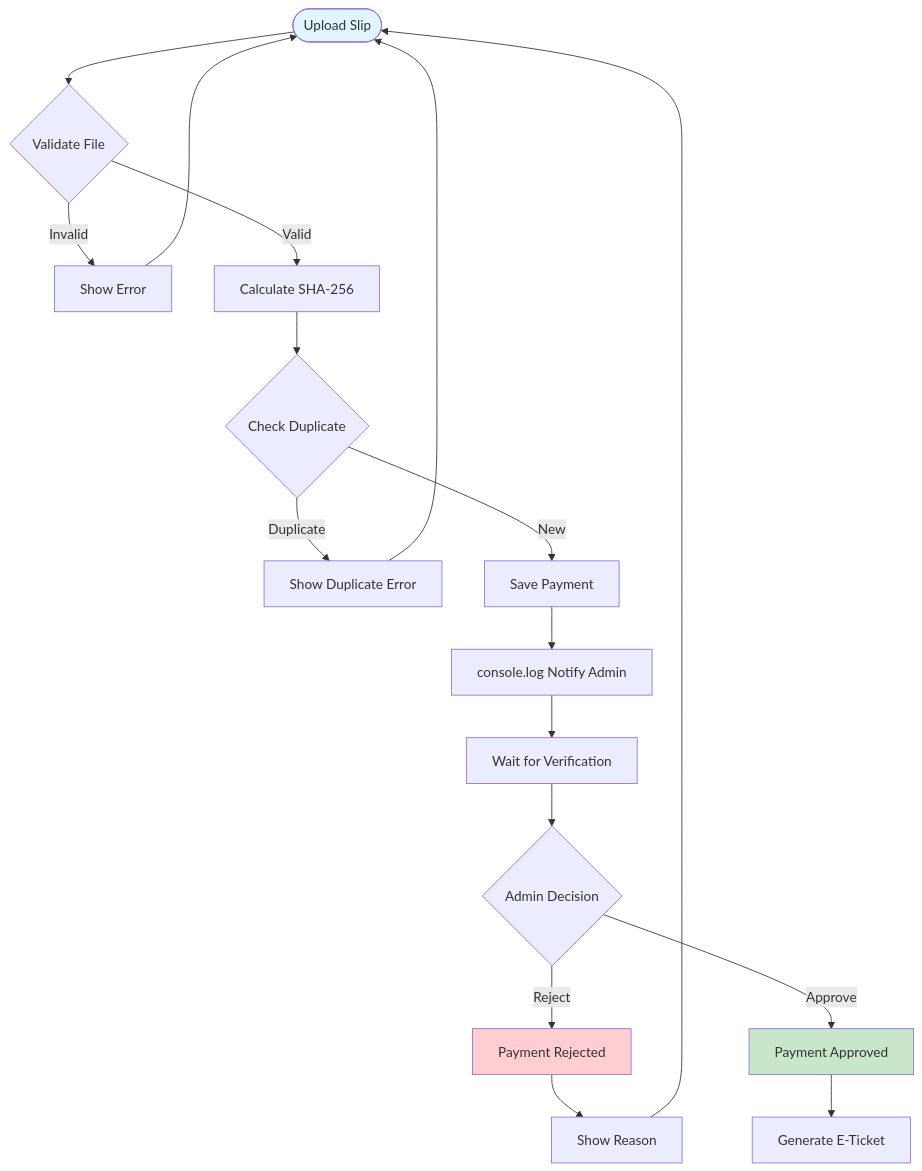
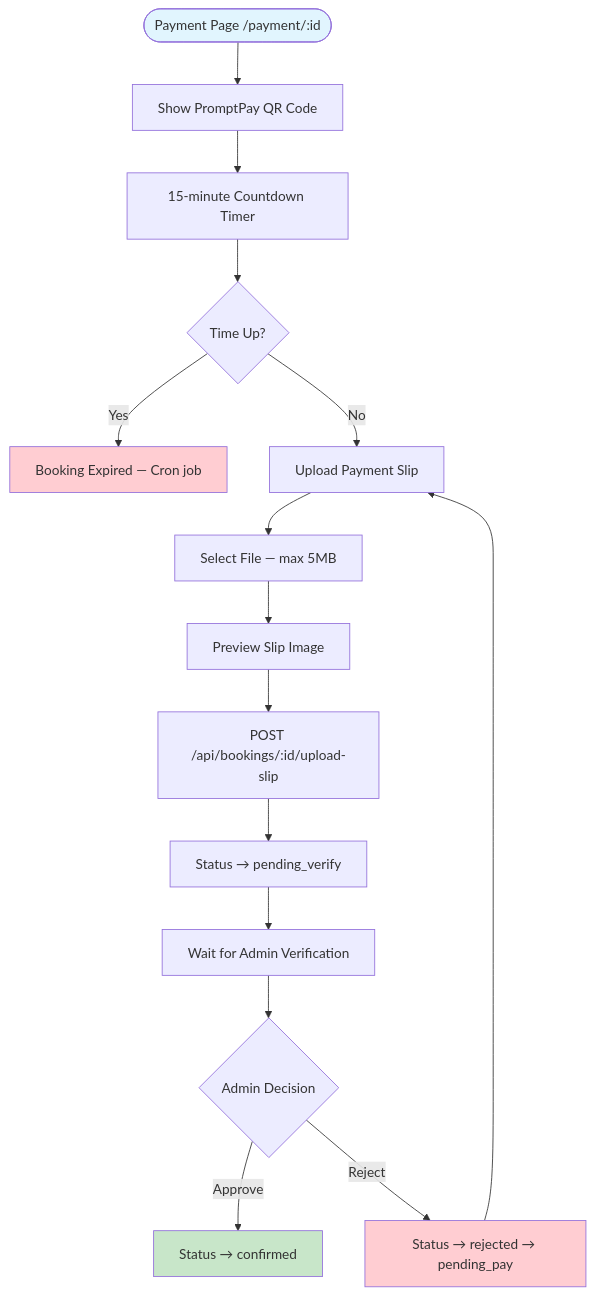
One commit to psu6810110135/final_porj changed the fifth of 15 diagrams in system_based/User Flow.md. Above: the diagram before and after it, drawn with Mermaid. The commit also changed other lines of this file and 6 other files, not shown here.

````diff
--- a/system_based/User Flow.md
+++ b/system_based/User Flow.md
@@ -148,30 +146,27 @@
 ```mermaid
 flowchart TD
-    Upload([Upload Slip]) --> Validate{Validate File}
+    PayPage([Payment Page /payment/:id]) --> ShowQR[Show PromptPay QR Code]
+    ShowQR --> Countdown[15-minute Countdown Timer]
 
-    Validate -- Invalid --> ShowError[Show Error]
-    ShowError --> Upload
+    Countdown --> TimeUp{Time Up?}
+    TimeUp -- Yes --> Expired[Booking Expired — Cron job]
+    TimeUp -- No --> Upload[Upload Payment Slip]
 
-    Validate -- Valid --> Hash[Calculate SHA-256]
-    Hash --> CheckDup{Check Duplicate}
+    Upload --> SelectFile[Select File — max 5MB]
+    SelectFile --> Preview[Preview Slip Image]
+    Preview --> Submit[POST /api/bookings/:id/upload-slip]
 
-    CheckDup -- Duplicate --> DupError[Show Duplicate Error]
-    DupError --> Upload
+    Submit --> Saved[Status → pending_verify]
+    Saved --> WaitVerify[Wait for Admin Verification]
 
-    CheckDup -- New --> Save[Save Payment]
-    Save --> Log[console.log Notify Admin]
-    Log --> Wait[Wait for Verification]
+    WaitVerify --> Admin{Admin Decision}
 
-    Wait --> Admin{Admin Decision}
+    Admin -- Approve --> Confirmed[Status → confirmed]
+    Admin -- Reject --> Rejected[Status → rejected → pending_pay]
+    Rejected --> Upload
 
-    Admin -- Reject --> Reject[Payment Rejected]
-    Reject --> Reason[Show Reason]
-    Reason --> Upload
-
-    Admin -- Approve --> Success[Payment Approved]
-    Success --> Ticket[Generate E-Ticket]
-
-    style Upload fill:#E1F5FE
-    style Success fill:#C8E6C9
-    style Reject fill:#FFCDD2
+    style PayPage fill:#E1F5FE
+    style Confirmed fill:#C8E6C9
+    style Expired fill:#FFCDD2
+    style Rejected fill:#FFCDD2
 ```
````
